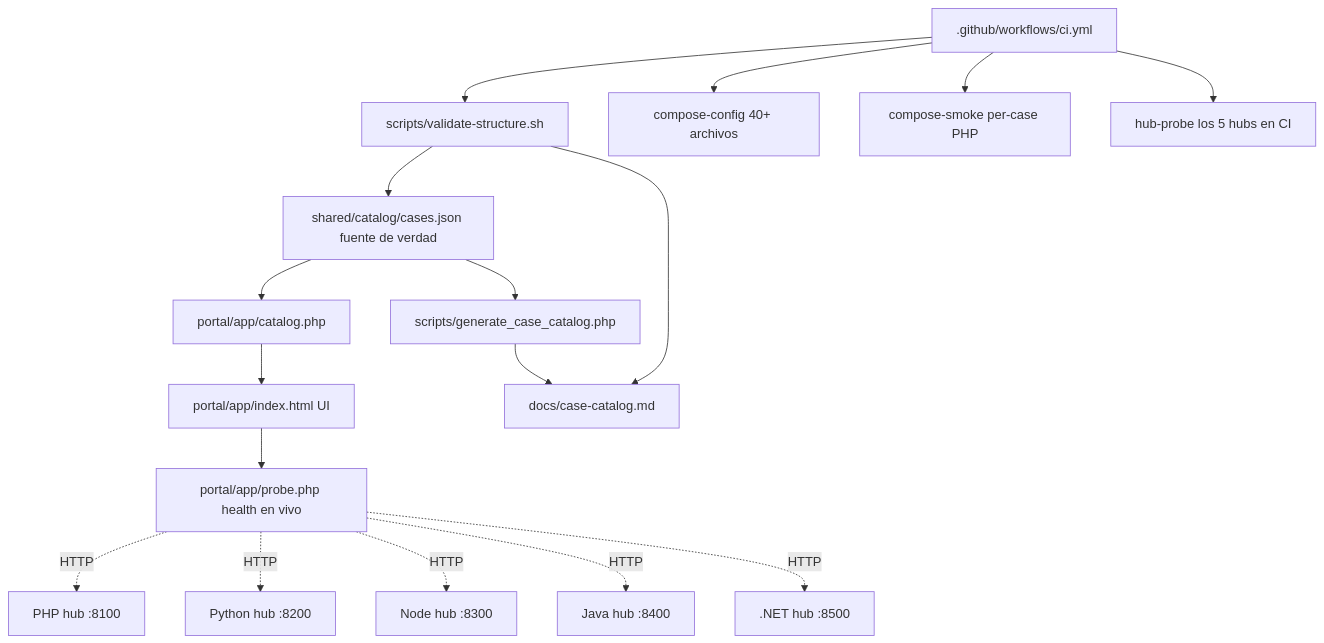
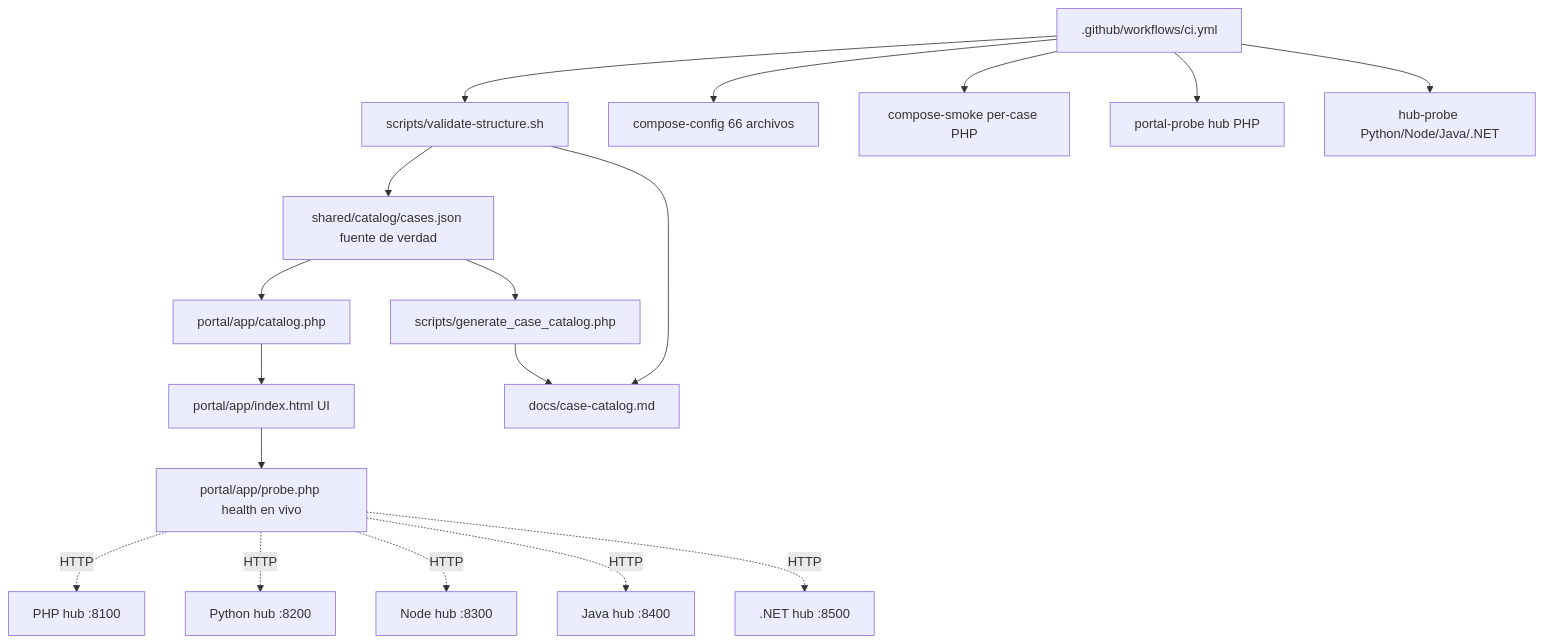
The fifth of 5 diagrams in ARCHITECTURE.md (vladimiracunadev-create/problem-driven-systems-lab), drawn with Mermaid before and after one commit. The commit also changed other lines of this file and 6 other files, not shown here.

````diff
--- a/ARCHITECTURE.md
+++ b/ARCHITECTURE.md
@@ -263,26 +263,27 @@
 ```mermaid
 graph TB
     JSON[shared/catalog/cases.json fuente de verdad]
     JSON --> CATALOG_PHP[portal/app/catalog.php]
     JSON --> GEN[scripts/generate_case_catalog.php]
 
     CATALOG_PHP --> INDEX[portal/app/index.html UI]
     INDEX --> PROBE[portal/app/probe.php health en vivo]
     PROBE -.HTTP.-> PHP_HUB[PHP hub :8100]
     PROBE -.HTTP.-> PY_HUB[Python hub :8200]
     PROBE -.HTTP.-> NODE_HUB[Node hub :8300]
     PROBE -.HTTP.-> JAVA_HUB[Java hub :8400]
     PROBE -.HTTP.-> NET_HUB[.NET hub :8500]
 
     GEN --> CATMD[docs/case-catalog.md]
 
     VAL[scripts/validate-structure.sh]
     VAL --> JSON
     VAL --> CATMD
 
     CI[.github/workflows/ci.yml]
     CI --> VAL
-    CI --> CONFIG[compose-config 40+ archivos]
+    CI --> CONFIG[compose-config 66 archivos]
     CI --> SMOKE[compose-smoke per-case PHP]
-    CI --> HPROBE[hub-probe los 5 hubs en CI]
+    CI --> PPROBE[portal-probe hub PHP]
+    CI --> HPROBE[hub-probe Python/Node/Java/.NET]
 ```
````
